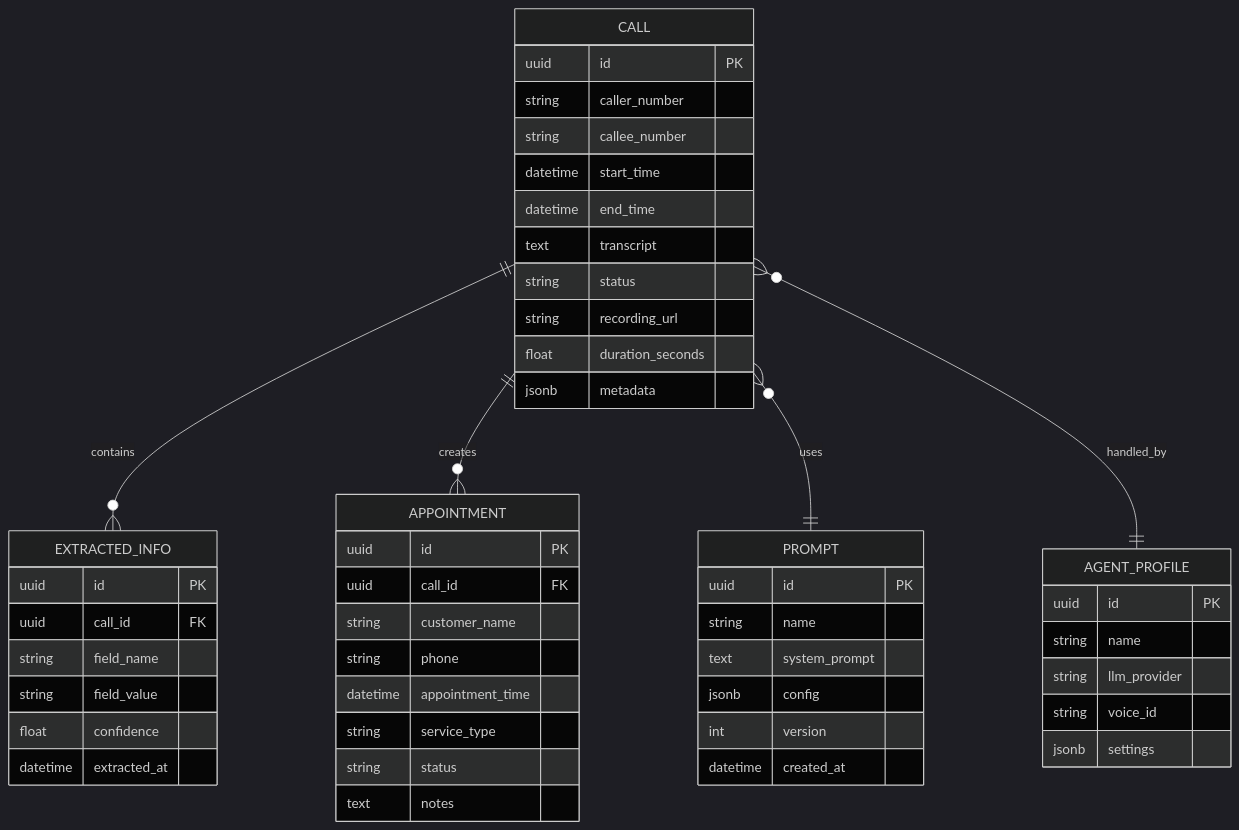
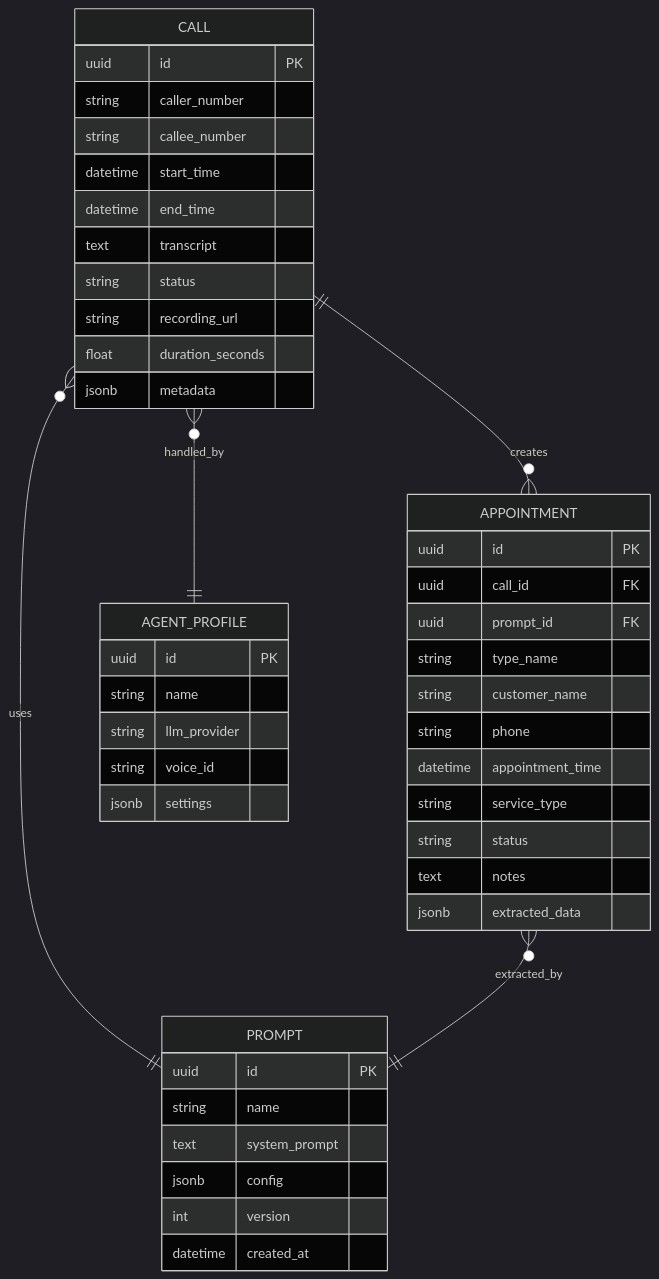
One commit to zengkaipaopao/LLM-VoiceAgent changed the diagram in docs/ARCHITECTURE.md. Above: the diagram before and after it, drawn with Mermaid (dark theme). The commit also changed other lines of this file and 12 other files, not shown here.

````diff
--- a/docs/ARCHITECTURE.md
+++ b/docs/ARCHITECTURE.md
@@ -384,57 +384,51 @@
 ```mermaid
 erDiagram
-    CALL ||--o{ EXTRACTED_INFO : contains
     CALL ||--o{ APPOINTMENT : creates
     CALL }o--|| PROMPT : uses
     CALL }o--|| AGENT_PROFILE : handled_by
+    APPOINTMENT }o--|| PROMPT : extracted_by
     
     CALL {
         uuid id PK
         string caller_number
         string callee_number
         datetime start_time
         datetime end_time
         text transcript
         string status
         string recording_url
         float duration_seconds
         jsonb metadata
     }
     
-    EXTRACTED_INFO {
-        uuid id PK
-        uuid call_id FK
-        string field_name
-        string field_value
-        float confidence
-        datetime extracted_at
-    }
-    
     APPOINTMENT {
         uuid id PK
         uuid call_id FK
+        uuid prompt_id FK
+        string type_name
         string customer_name
         string phone
         datetime appointment_time
         string service_type
         string status
         text notes
+        jsonb extracted_data
     }
     
     PROMPT {
         uuid id PK
         string name
         text system_prompt
         jsonb config
         int version
         datetime created_at
     }
     
     AGENT_PROFILE {
         uuid id PK
         string name
         string llm_provider
         string voice_id
         jsonb settings
     }
 ```
````
